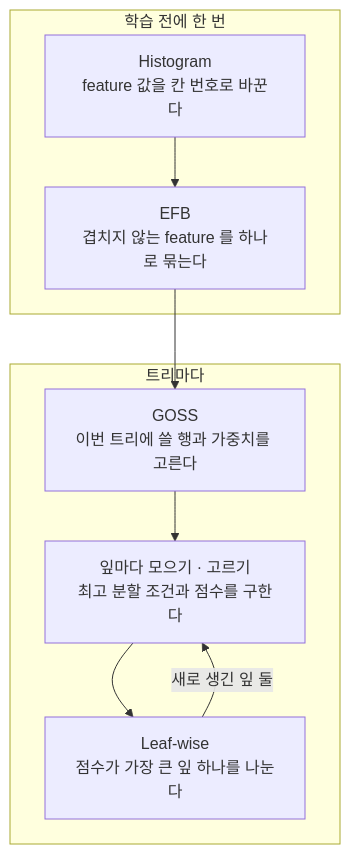
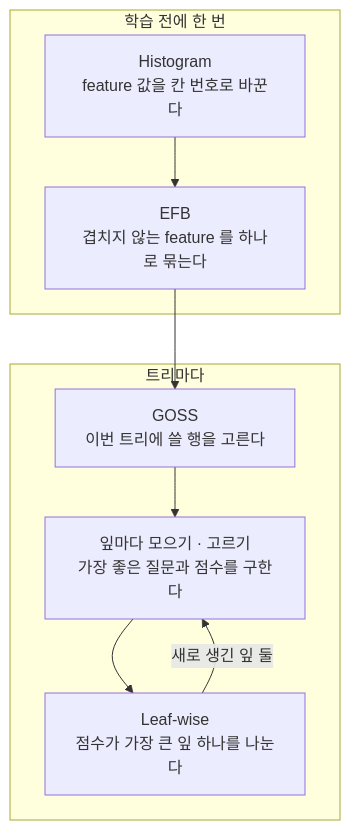
One commit to zzong2006/zzong2006.github.io changed the second of 2 diagrams in content/machine_learning/trees/LightGBM.md. Above: the diagram before and after it, drawn with Mermaid. The commit also changed other lines of this file, not shown here.

````diff
--- a/content/machine_learning/trees/LightGBM.md
+++ b/content/machine_learning/trees/LightGBM.md
@@ -128,12 +102,12 @@
 ```mermaid
 flowchart TD
     subgraph pre["학습 전에 한 번"]
         H["Histogram<br/>feature 값을 칸 번호로 바꾼다"] --> E["EFB<br/>겹치지 않는 feature 를 하나로 묶는다"]
     end
     subgraph per["트리마다"]
-        G["GOSS<br/>이번 트리에 쓸 행과 가중치를 고른다"] --> N["잎마다 모으기 · 고르기<br/>최고 분할 조건과 점수를 구한다"]
+        G["GOSS<br/>이번 트리에 쓸 행을 고른다"] --> N["잎마다 모으기 · 고르기<br/>가장 좋은 질문과 점수를 구한다"]
         N --> L["Leaf-wise<br/>점수가 가장 큰 잎 하나를 나눈다"]
         L -->|"새로 생긴 잎 둘"| N
     end
     E --> G
 ```
````
